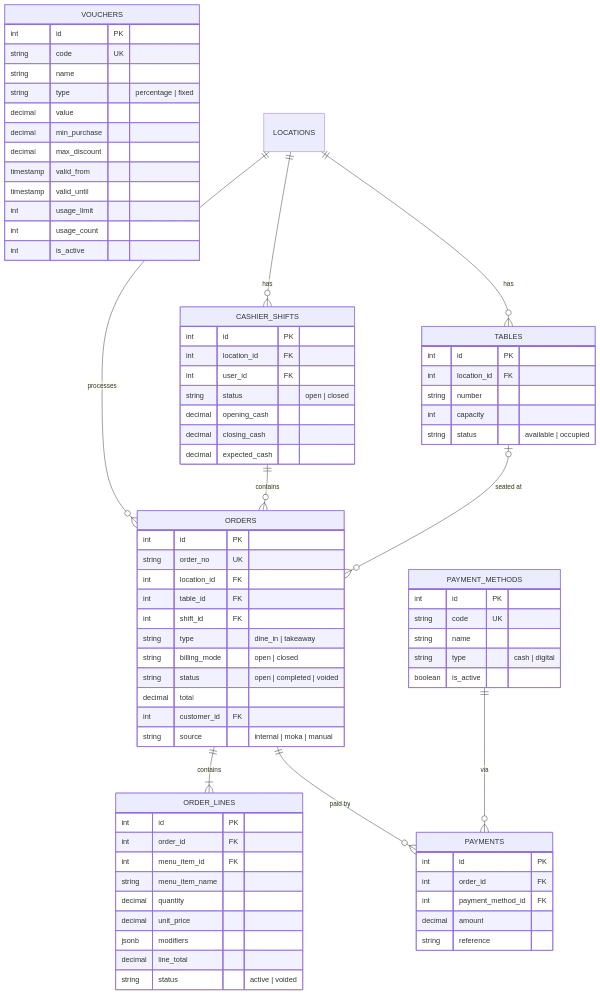
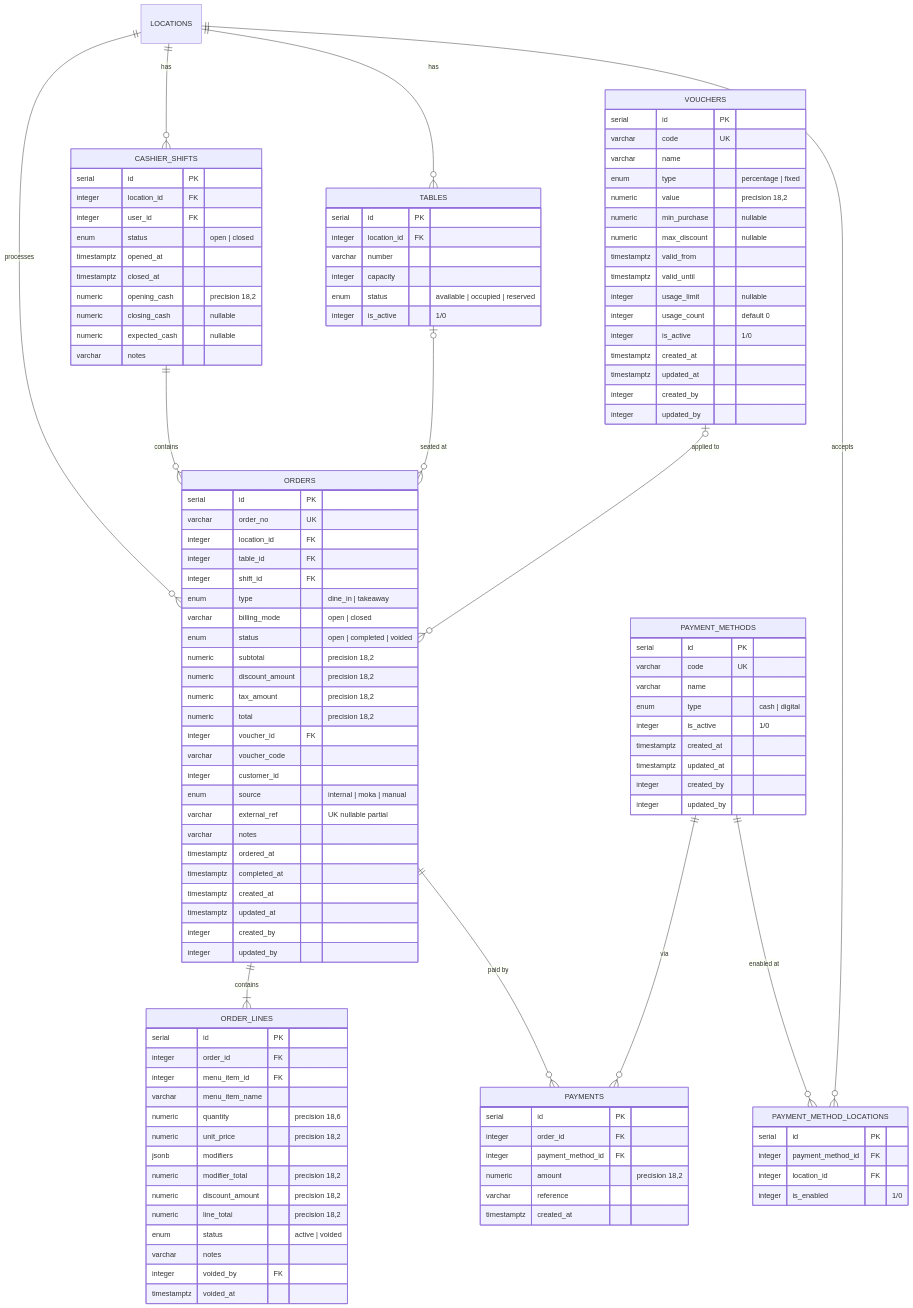
The diagram in docs/database/erd/pos.md (Ikki-Group/erp), drawn with Mermaid before and after one commit. The commit also changed other lines of this file and 7 other files, not shown here.

First line of the commit message:
docs(database): update ERD docs and complete Phase 2 task board

````diff
--- a/docs/database/erd/pos.md
+++ b/docs/database/erd/pos.md
@@ -7,72 +7,109 @@
 ```mermaid
 erDiagram
+    PAYMENT_METHODS {
+        serial id PK
+        varchar code UK
+        varchar name
+        enum type "cash | digital"
+        integer is_active "1/0"
+        timestamptz created_at
+        timestamptz updated_at
+        integer created_by
+        integer updated_by
+    }
+    PAYMENT_METHOD_LOCATIONS {
+        serial id PK
+        integer payment_method_id FK
+        integer location_id FK
+        integer is_enabled "1/0"
+    }
+    TABLES {
+        serial id PK
+        integer location_id FK
+        varchar number
+        integer capacity
+        enum status "available | occupied | reserved"
+        integer is_active "1/0"
+    }
+    CASHIER_SHIFTS {
+        serial id PK
+        integer location_id FK
+        integer user_id FK
+        enum status "open | closed"
+        timestamptz opened_at
+        timestamptz closed_at
+        numeric opening_cash "precision 18,2"
+        numeric closing_cash "nullable"
+        numeric expected_cash "nullable"
+        varchar notes
+    }
     ORDERS {
-        int id PK
-        string order_no UK
-        int location_id FK
-        int table_id FK
-        int shift_id FK
-        string type "dine_in | takeaway"
-        string billing_mode "open | closed"
-        string status "open | completed | voided"
-        decimal total
-        int customer_id FK
-        string source "internal | moka | manual"
+        serial id PK
+        varchar order_no UK
+        integer location_id FK
+        integer table_id FK
+        integer shift_id FK
+        enum type "dine_in | takeaway"
+        varchar billing_mode "open | closed"
+        enum status "open | completed | voided"
+        numeric subtotal "precision 18,2"
+        numeric discount_amount "precision 18,2"
+        numeric tax_amount "precision 18,2"
+        numeric total "precision 18,2"
+        integer voucher_id FK
+        varchar voucher_code
+        integer customer_id
+        enum source "internal | moka | manual"
+        varchar external_ref "UK nullable partial"
+        varchar notes
+        timestamptz ordered_at
+        timestamptz completed_at
+        timestamptz created_at
+        timestamptz updated_at
+        integer created_by
+        integer updated_by
     }
     ORDER_LINES {
-        int id PK
-        int order_id FK
-        int menu_item_id FK
-        string menu_item_name
-        decimal quantity
-        decimal unit_price
+        serial id PK
+        integer order_id FK
+        integer menu_item_id FK
+        varchar menu_item_name
+        numeric quantity "precision 18,6"
+        numeric unit_price "precision 18,2"
         jsonb modifiers
-        decimal line_total
-        string status "active | voided"
+        numeric modifier_total "precision 18,2"
+        numeric discount_amount "precision 18,2"
+        numeric line_total "precision 18,2"
+        enum status "active | voided"
+        varchar notes
+        integer voided_by FK
+        timestamptz voided_at
     }
     PAYMENTS {
-        int id PK
-        int order_id FK
-        int payment_method_id FK
-        decimal amount
-        string reference
-    }
-    PAYMENT_METHODS {
-        int id PK
-        string code UK
-        string name
-        string type "cash | digital"
-        boolean is_active
-    }
-    CASHIER_SHIFTS {
-        int id PK
-        int location_id FK
-        int user_id FK
-        string status "open | closed"
-        decimal opening_cash
-        decimal closing_cash
-        decimal expected_cash
-    }
-    TABLES {
-        int id PK
-        int location_id FK
-        string number
-        int capacity
-        string status "available | occupied"
+        serial id PK
+        integer order_id FK
+        integer payment_method_id FK
+        numeric amount "precision 18,2"
+        varchar reference
+        timestamptz created_at
     }
     VOUCHERS {
-        int id PK
-        string code UK
-        string name
-        string type "percentage | fixed"
-        decimal value
-        decimal min_purchase
-        decimal max_discount
-        timestamp valid_from
-        timestamp valid_until
-        int usage_limit
-        int usage_count
-        int is_active
+        serial id PK
+        varchar code UK
+        varchar name
+        enum type "percentage | fixed"
+        numeric value "precision 18,2"
+        numeric min_purchase "nullable"
+        numeric max_discount "nullable"
+        timestamptz valid_from
+        timestamptz valid_until
+        integer usage_limit "nullable"
+        integer usage_count "default 0"
+        integer is_active "1/0"
+        timestamptz created_at
+        timestamptz updated_at
+        integer created_by
+        integer updated_by
     }
 
     LOCATIONS ||--o{ ORDERS : "processes"
@@ -83,4 +120,7 @@
     ORDERS ||--|{ ORDER_LINES : "contains"
     ORDERS ||--o{ PAYMENTS : "paid by"
     PAYMENT_METHODS ||--o{ PAYMENTS : "via"
+    PAYMENT_METHODS ||--o{ PAYMENT_METHOD_LOCATIONS : "enabled at"
+    LOCATIONS ||--o{ PAYMENT_METHOD_LOCATIONS : "accepts"
+    VOUCHERS |o--o{ ORDERS : "applied to"
 ```
````
